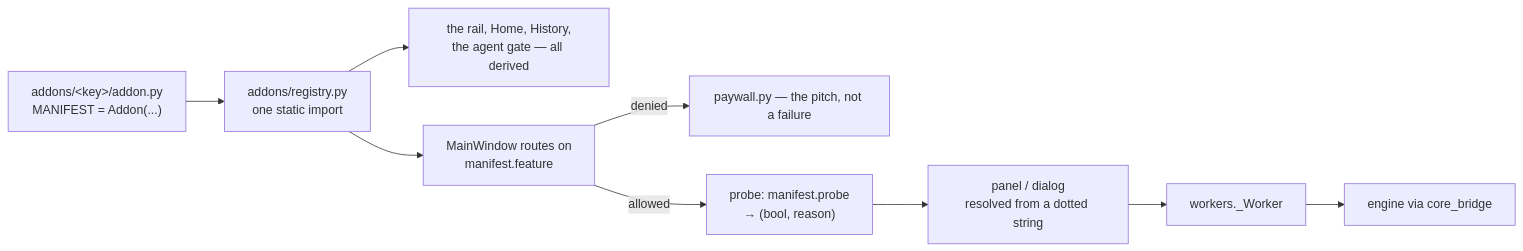
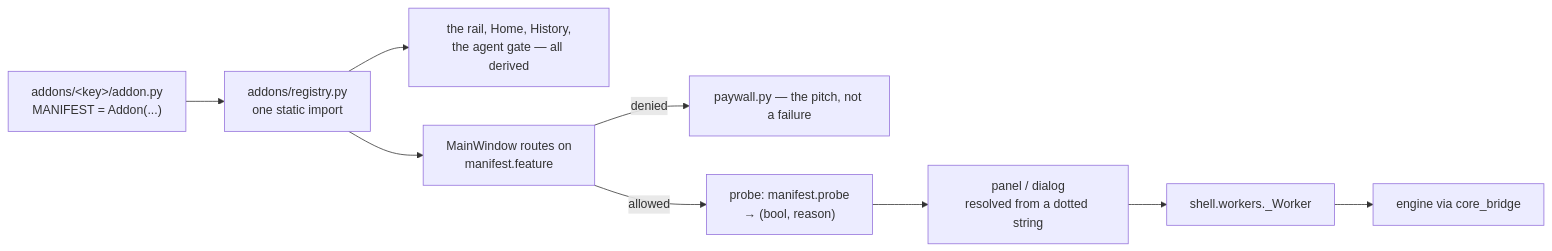
The diagram in docs/architecture/06-addons.md (HitarthTrivedi/prism_gui), drawn with Mermaid before and after one commit. The commit also changed other lines of this file and 123 other files, not shown here.

````diff
--- a/docs/architecture/06-addons.md
+++ b/docs/architecture/06-addons.md
@@ -391,11 +391,11 @@
 ```mermaid
 flowchart LR
     A["addons/&lt;key&gt;/addon.py<br/>MANIFEST = Addon(...)"] --> B["addons/registry.py<br/>one static import"]
     B --> C["the rail, Home, History,<br/>the agent gate — all derived"]
     B --> D["MainWindow routes on<br/>manifest.feature"]
     D -->|denied| P["paywall.py — the pitch, not a failure"]
     D -->|allowed| E["probe: manifest.probe<br/>→ (bool, reason)"]
     E --> F["panel / dialog<br/>resolved from a dotted string"]
-    F --> G["workers._Worker"]
+    F --> G["shell.workers._Worker"]
     G --> H["engine via core_bridge"]
 ```
````
